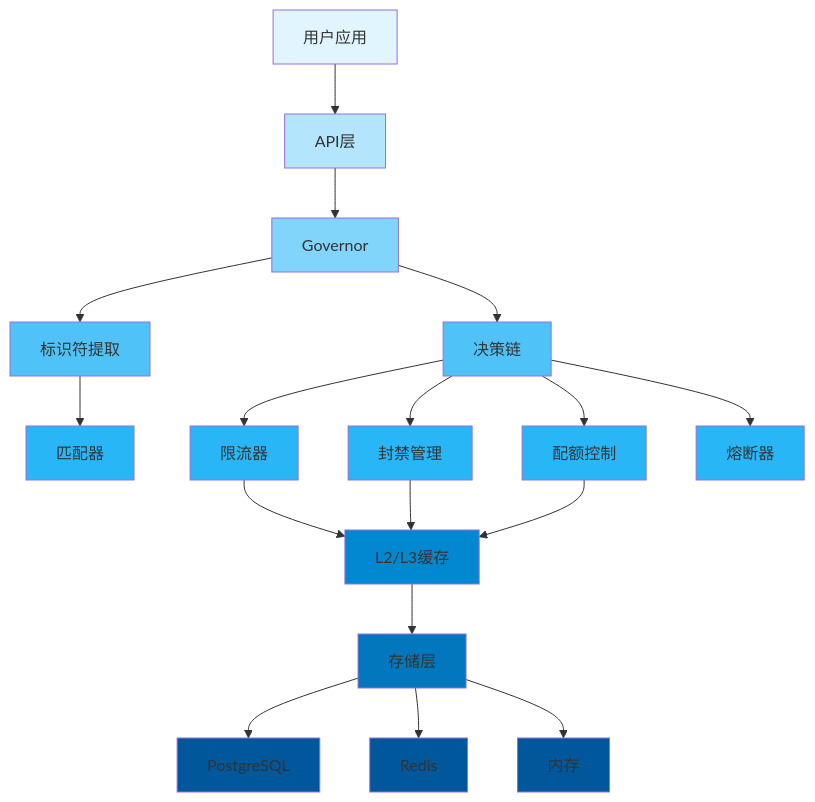
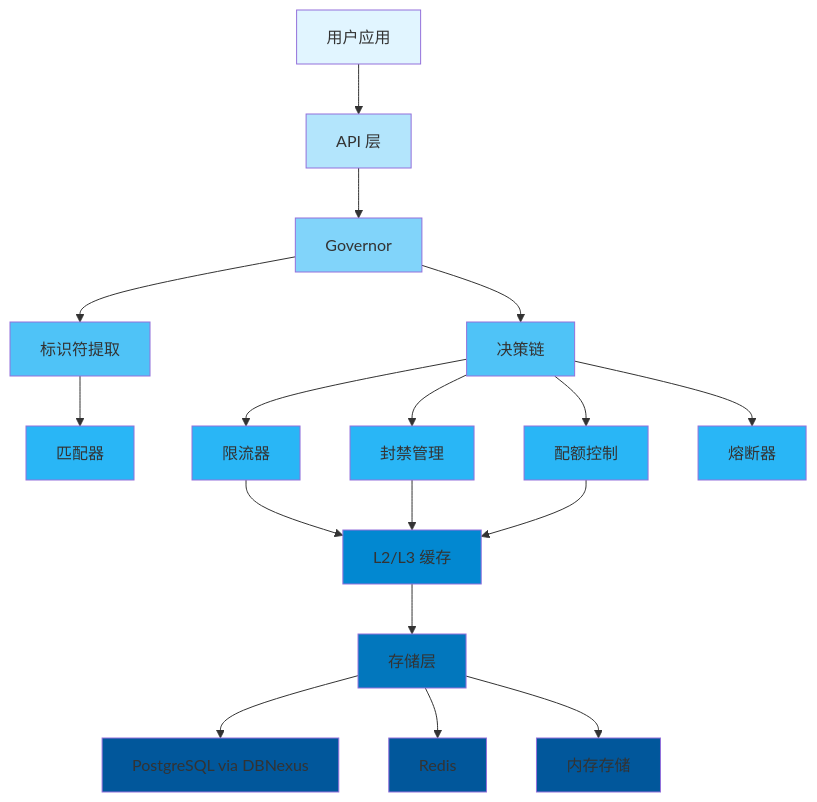
The second of 3 diagrams in README_zh.md (Kirky-X/limiteron), drawn with Mermaid before and after one commit. The commit also changed other lines of this file and 38 other files, not shown here.

````diff
--- a/README_zh.md
+++ b/README_zh.md
@@ -521,35 +560,35 @@
 ```mermaid
 graph TB
-    A[用户应用] --> B[API层]
+    A[用户应用] --> B[API 层]
     B --> C[Governor]
     C --> D[标识符提取]
     C --> E[决策链]
     D --> F[匹配器]
     E --> G[限流器]
     E --> H[封禁管理]
     E --> I[配额控制]
     E --> J[熔断器]
-    G --> K[L2/L3缓存]
+    G --> K[L2/L3 缓存]
     H --> K
     I --> K
     K --> L[存储层]
-    L --> M[PostgreSQL]
+    L --> M[PostgreSQL via DBNexus]
     L --> N[Redis]
-    L --> O[内存]
+    L --> O[内存存储]
 
     style A fill:#e1f5ff
     style B fill:#b3e5fc
     style C fill:#81d4fa
     style D fill:#4fc3f7
     style E fill:#4fc3f7
     style F fill:#29b6f6
     style G fill:#29b6f6
     style H fill:#29b6f6
     style I fill:#29b6f6
     style J fill:#29b6f6
     style K fill:#0288d1
     style L fill:#0277bd
     style M fill:#01579b
     style N fill:#01579b
     style O fill:#01579b
 ```
````
